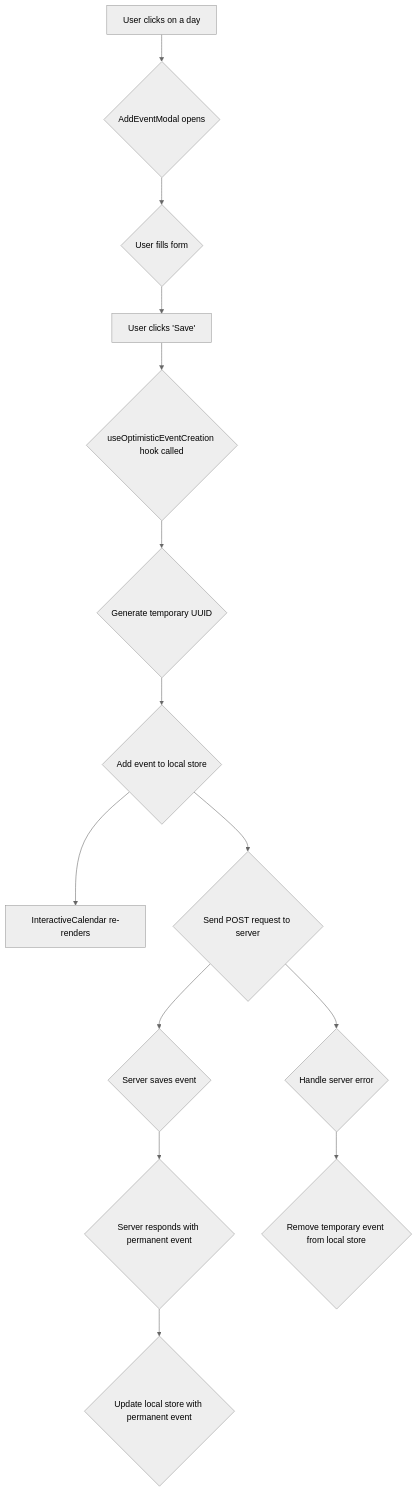
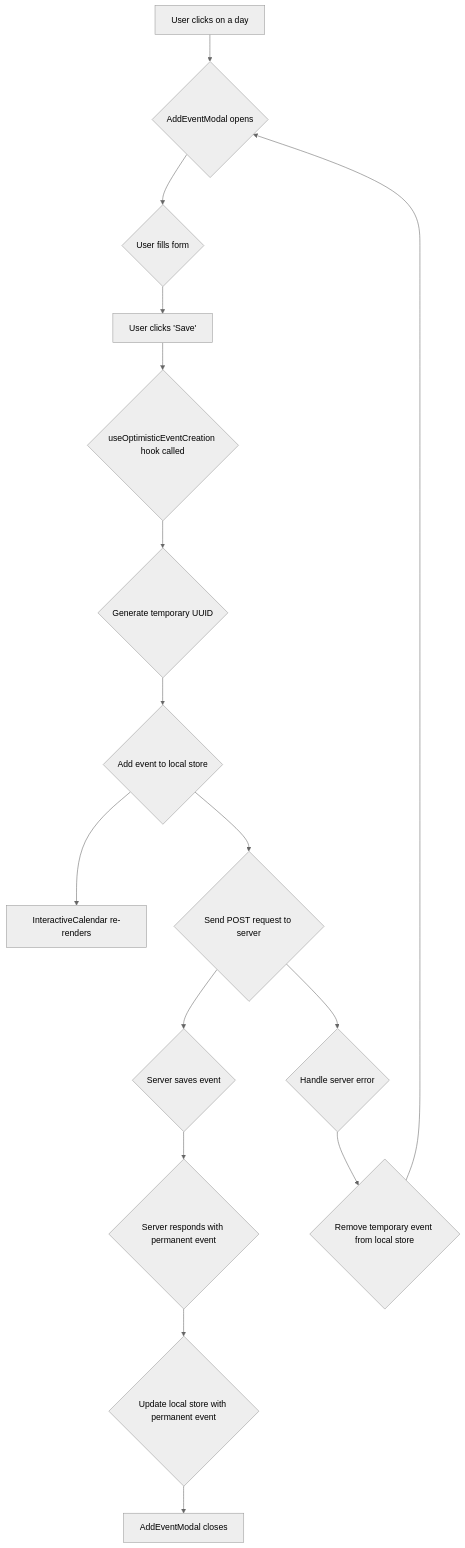
One commit to smoothdev35/print-calendar-2025 changed the first of 5 diagrams in README.md. Above: the diagram before and after it, drawn with Mermaid (neutral theme). The commit also changed other lines of this file and 7 other files, not shown here.

````diff
--- a/README.md
+++ b/README.md
@@ -90,16 +90,18 @@
 ```mermaid
 graph TD
     A[User clicks on a day] --> B{AddEventModal opens};
     B --> C{User fills form};
     C --> D[User clicks 'Save'];
     D --> E{useOptimisticEventCreation hook called};
     E --> F{Generate temporary UUID};
     F --> G{Add event to local store};
     G --> H[InteractiveCalendar re-renders];
     G --> I{Send POST request to server};
     I --> J{Server saves event};
     J --> K{Server responds with permanent event};
     K --> L{Update local store with permanent event};
+    L --> O[AddEventModal closes];
     I --> M{Handle server error};
     M --> N{Remove temporary event from local store};
+    N --> B;
 ```
````
